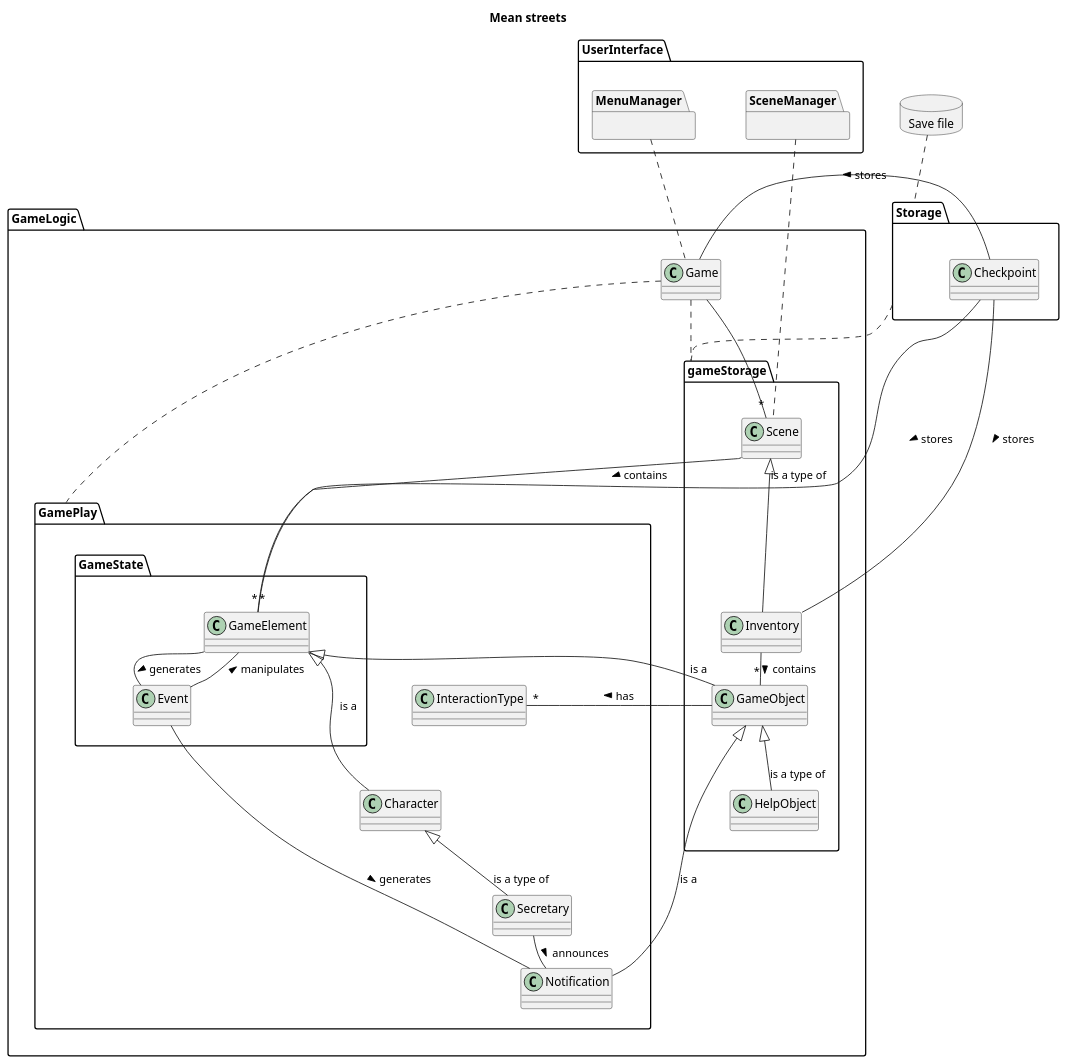
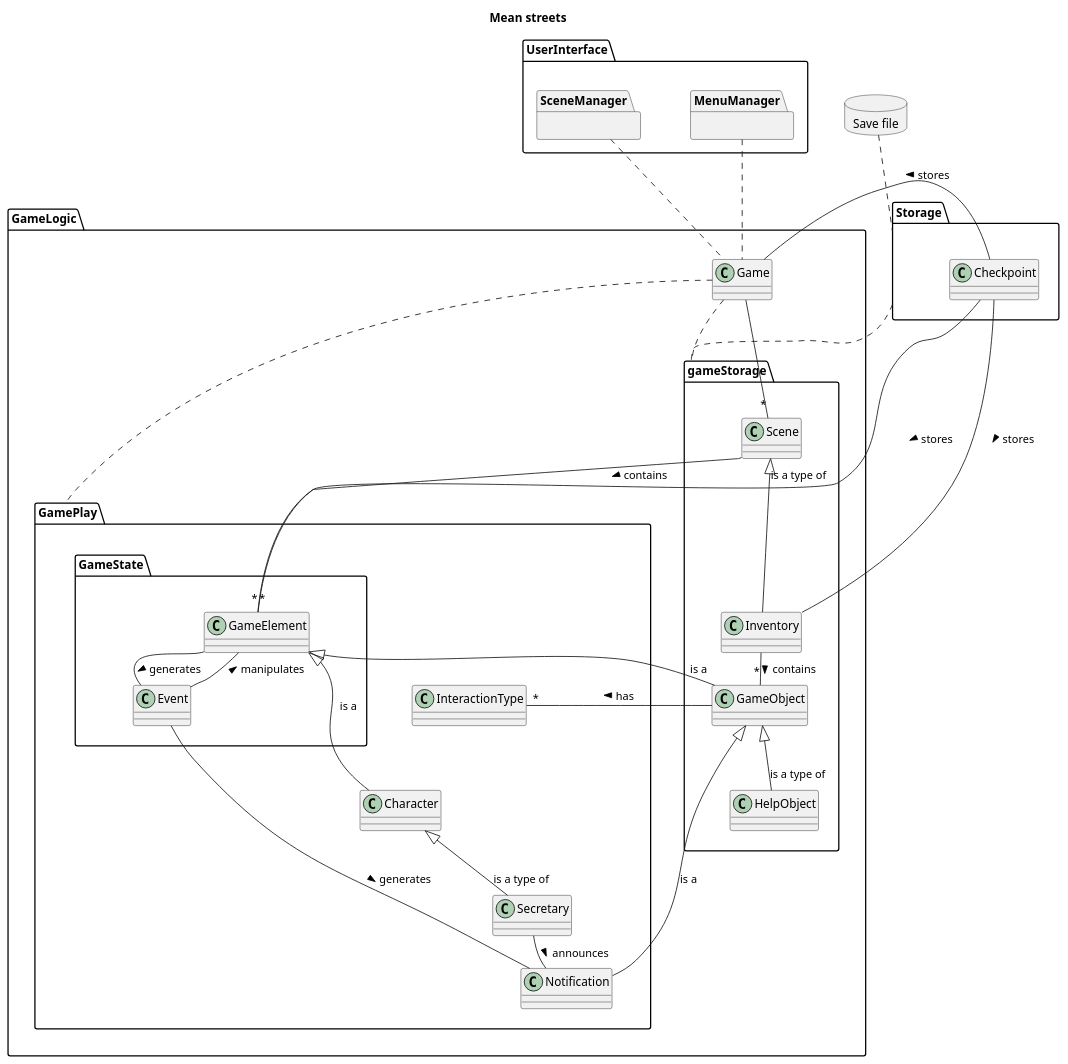
The diagram in architectDiagram.pu (NoahHakansson/SE-PA1460), drawn with PlantUML before and after one commit.

Commit message:
Changed and updated associations between game

```diff
--- a/architectDiagram.pu
+++ b/architectDiagram.pu
@@ -1,74 +1,74 @@
 @startuml
 
 skinparam nodesep 60
 skinparam ranksep 20
 
 title Mean streets
 top to bottom direction
 database "Save file" {
 }
 package UserInterface {
     package MenuManager {}
     package SceneManager {}
 }
 
 package GameLogic {
     class Game
     package gameStorage {
         class Inventory
         class GameObject
         class HelpObject
         class Scene
     }
 
 
     package GamePlay {
         class InteractionType
         class Secretary
         class Character
         class Notification
         package GameState {
             class GameElement
             class Event
         }
     }
 }
 
 package Storage {
     class Checkpoint
 }
 
 "Save file".. Storage
 MenuManager .. Game
-SceneManager .. Scene
+SceneManager .. Game
 Storage . gameStorage
 
 
 InteractionType -[hidden]up- GameState
 Character -[hidden]up- GameState
 Secretary -[hidden]up- GameState
 Notification -[hidden]up- GameState
 InteractionType -[hidden]down- Character
 'GamePlay -[hidden]l- gameStorage
 
 Game . gameStorage
 Game . GamePlay
 
 Game -- "*" Scene
 Checkpoint -- "*" GameElement : stores >
 Checkpoint -- Inventory : stores >
 Checkpoint - Game : stores >
 Character <|-- Secretary : is a type of
 GameElement <|-- GameObject : is a
 GameElement <|-- Character : is a
 Scene - "*" GameElement : contains >
 Scene <|-- Inventory : is a type of
 Inventory -- "*" GameObject : contains >
 GameElement -- Event : generates >
 Event -- Notification : generates >
 Event -- GameElement : manipulates >
 Secretary -- Notification : announces >
 GameObject <|-- HelpObject : is a type of
 GameObject <|-- Notification : is a
 GameObject -- "*" InteractionType : has >
 @enduml
```
